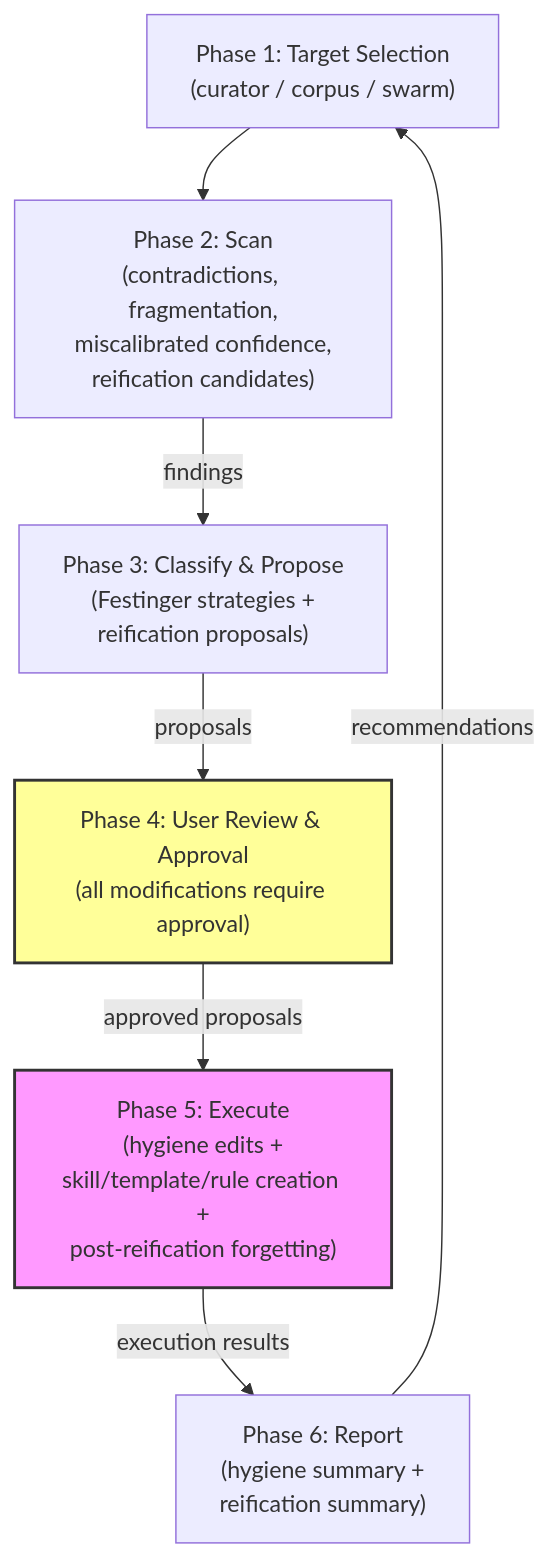
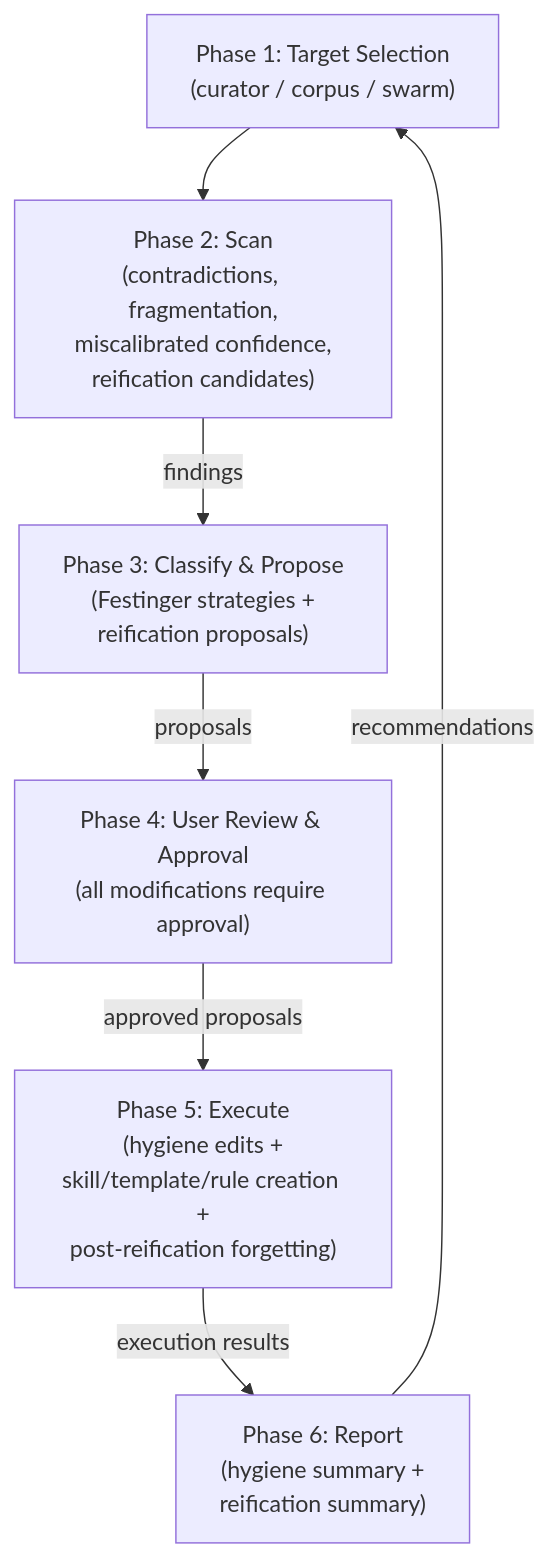
Before and after one commit to mdz-axo/zed-kask: the fifth of 9 diagrams in kask/docs/architecture/memory-system-and-therapy.md, drawn with Mermaid. The commit also changed other lines of this file and 34 other files, not shown here.

````diff
--- a/kask/docs/architecture/memory-system-and-therapy.md
+++ b/kask/docs/architecture/memory-system-and-therapy.md
@@ -233,19 +269,16 @@
 ```mermaid
 graph TD
     P1["Phase 1: Target Selection<br/>(curator / corpus / swarm)"]
     P2["Phase 2: Scan<br/>(contradictions, fragmentation,<br/>miscalibrated confidence,<br/>reification candidates)"]
     P3["Phase 3: Classify & Propose<br/>(Festinger strategies +<br/>reification proposals)"]
     P4["Phase 4: User Review & Approval<br/>(all modifications require approval)"]
     P5["Phase 5: Execute<br/>(hygiene edits +<br/>skill/template/rule creation +<br/>post-reification forgetting)"]
     P6["Phase 6: Report<br/>(hygiene summary +<br/>reification summary)"]
 
     P1 --> P2
     P2 -->|findings| P3
     P3 -->|proposals| P4
     P4 -->|approved proposals| P5
     P5 -->|execution results| P6
     P6 -->|recommendations| P1
-
-    style P4 fill:#ff9,stroke:#333,stroke-width:2px
-    style P5 fill:#f9f,stroke:#333,stroke-width:2px
 ```
````
